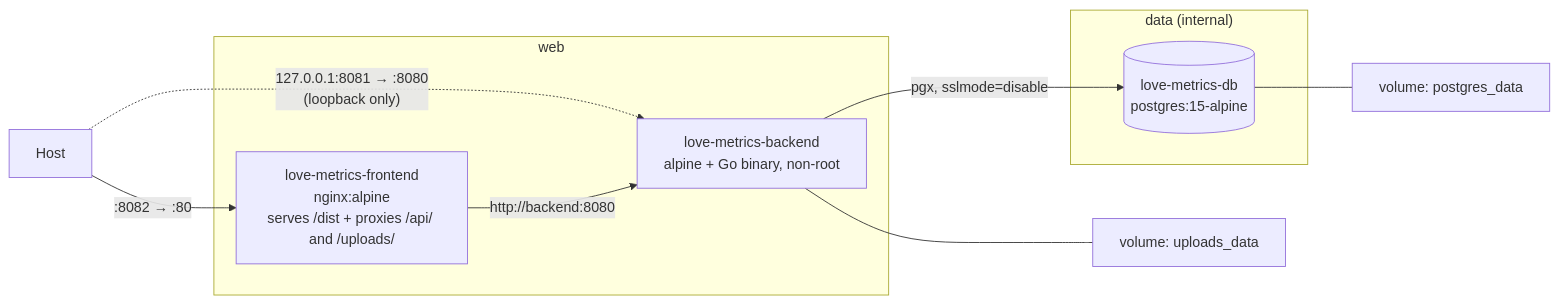
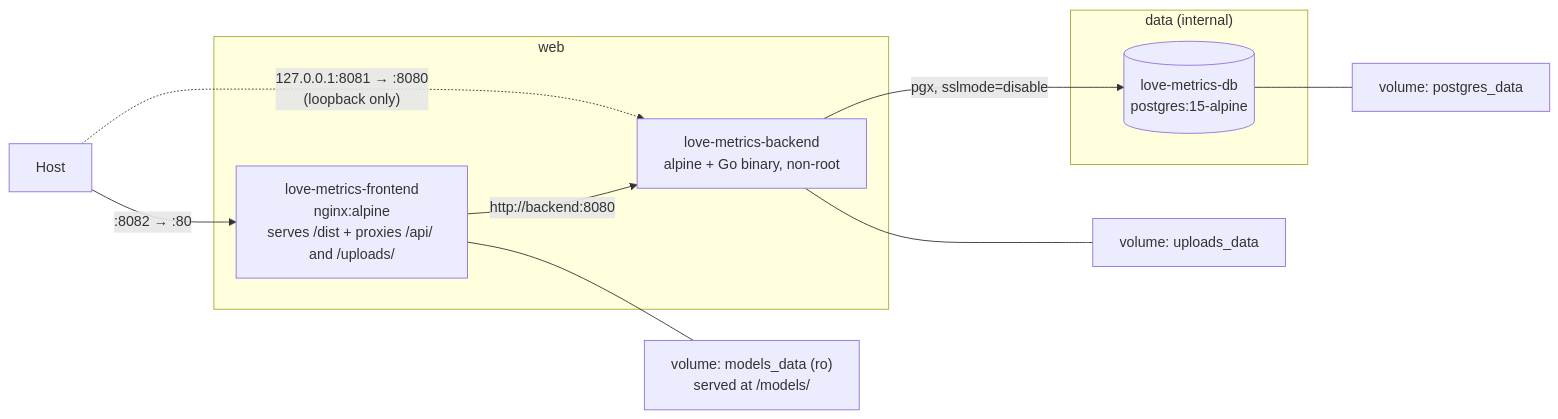
One commit to SirGrandmasterr/AlexithymiaLoveQuantifier changed the diagram in docs/09-deployment.md. Above: the diagram before and after it, drawn with Mermaid. The commit also changed other lines of this file and 6 other files, not shown here.

````diff
--- a/docs/09-deployment.md
+++ b/docs/09-deployment.md
@@ -10,14 +10,15 @@
 ```mermaid
 graph LR
     HOST["Host"]
     HOST -->|":8082 → :80"| FE["love-metrics-frontend<br/>nginx:alpine<br/>serves /dist + proxies /api/ and /uploads/"]
     HOST -.->|"127.0.0.1:8081 → :8080<br/>(loopback only)"| BE["love-metrics-backend<br/>alpine + Go binary, non-root"]
     subgraph web
     FE -->|"http://backend:8080"| BE
     end
     subgraph data ["data (internal)"]
     BE -->|"pgx, sslmode=disable"| DB[("love-metrics-db<br/>postgres:15-alpine")]
     end
     DB --- VOL["volume: postgres_data"]
     BE --- UPL["volume: uploads_data"]
+    FE --- MOD["volume: models_data (ro)<br/>served at /models/"]
 ```
````
